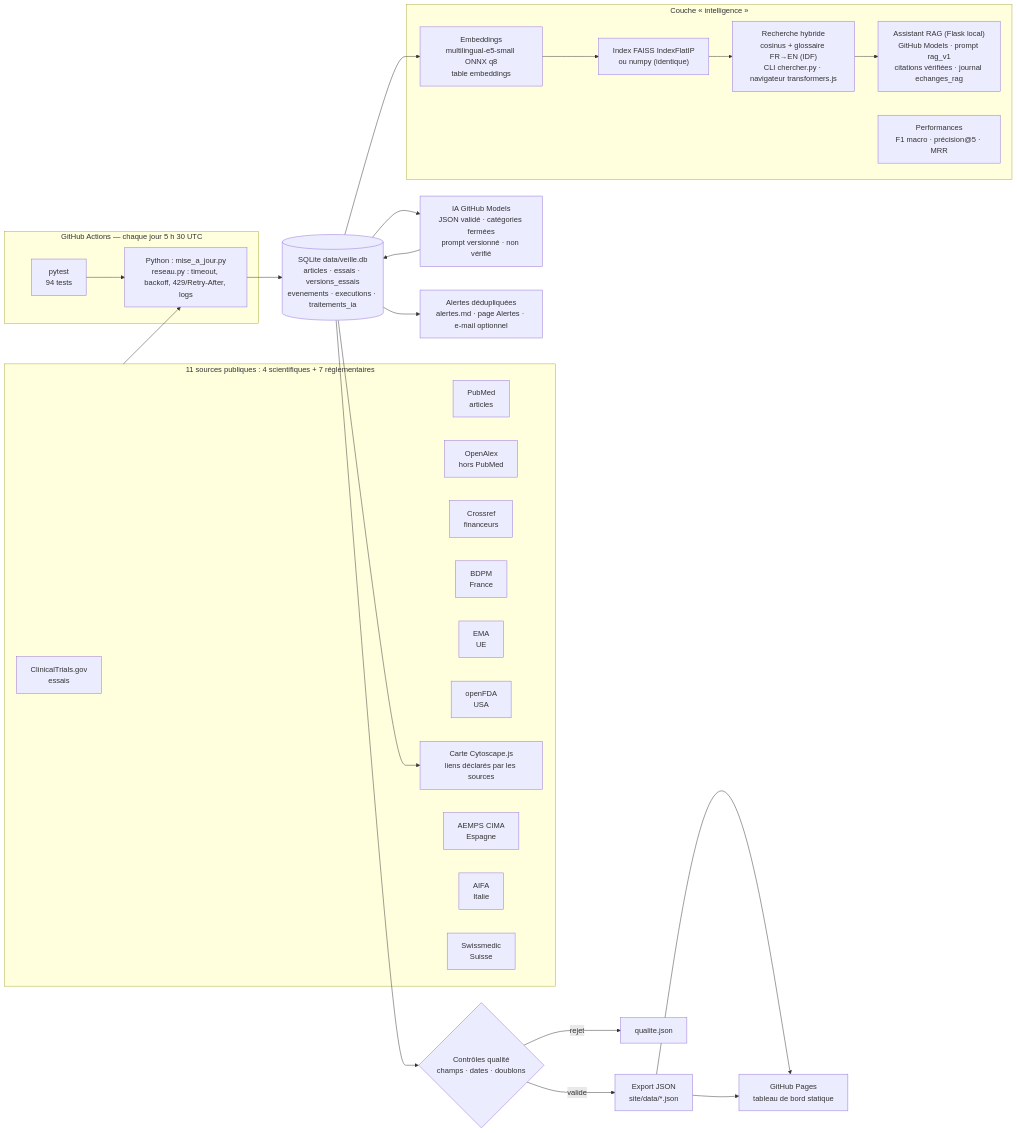
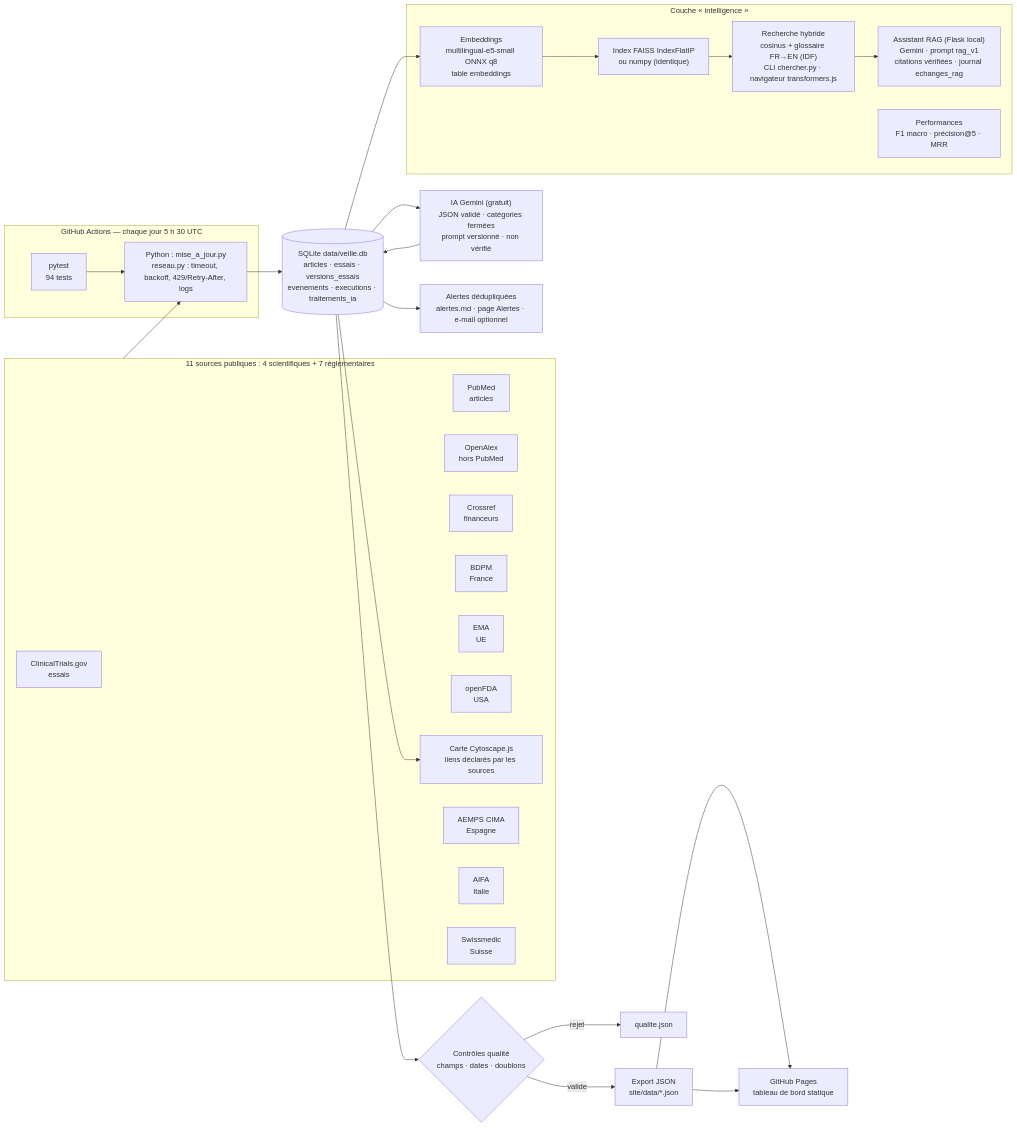
Before and after one commit to Loubna589/veille-glaucome: the diagram in docs/architecture.md, drawn with Mermaid. The commit also changed 12 other files, not shown here.

First line of the commit message:
IA : passer de GitHub Models (fermé) à Gemini, gratuit

````diff
--- a/docs/architecture.md
+++ b/docs/architecture.md
@@ -5,42 +5,42 @@
 ```mermaid
 flowchart LR
     subgraph API["11 sources publiques : 4 scientifiques + 7 réglementaires"]
         CT[ClinicalTrials.gov<br/>essais]
         PM[PubMed<br/>articles]
         OA[OpenAlex<br/>hors PubMed]
         CR[Crossref<br/>financeurs]
         BD[BDPM<br/>France]
         EM[EMA<br/>UE]
         FD[openFDA<br/>USA]
         CA[Santé Canada<br/>Canada]
         ES[AEMPS CIMA<br/>Espagne]
         IT[AIFA<br/>Italie]
         CH[Swissmedic<br/>Suisse]
     end
 
     subgraph GHA["GitHub Actions — chaque jour 5 h 30 UTC"]
         T[pytest<br/>94 tests] --> P
         P["Python : mise_a_jour.py<br/>reseau.py : timeout, backoff, 429/Retry-After, logs"]
     end
 
     API --> P
     P --> DB[("SQLite data/veille.db<br/>articles · essais · versions_essais<br/>evenements · executions · traitements_ia")]
-    DB --> IA["IA GitHub Models<br/>JSON validé · catégories fermées<br/>prompt versionné · non vérifié"]
+    DB --> IA["IA Gemini (gratuit)<br/>JSON validé · catégories fermées<br/>prompt versionné · non vérifié"]
     IA --> DB
     DB --> Q{"Contrôles qualité<br/>champs · dates · doublons"}
     Q -->|valide| J["Export JSON<br/>site/data/*.json"]
     Q -->|rejet| R[qualite.json]
     J --> GP["GitHub Pages<br/>tableau de bord statique"]
     DB --> AL["Alertes dédupliquées<br/>alertes.md · page Alertes · e-mail optionnel"]
 
     subgraph INT["Couche « intelligence »"]
         EM2["Embeddings<br/>multilingual-e5-small ONNX q8<br/>table embeddings"] --> IX["Index FAISS IndexFlatIP<br/>ou numpy (identique)"]
         IX --> RH["Recherche hybride<br/>cosinus + glossaire FR→EN (IDF)<br/>CLI chercher.py · navigateur transformers.js"]
-        RH --> RAG["Assistant RAG (Flask local)<br/>GitHub Models · prompt rag_v1<br/>citations vérifiées · journal echanges_rag"]
+        RH --> RAG["Assistant RAG (Flask local)<br/>Gemini · prompt rag_v1<br/>citations vérifiées · journal echanges_rag"]
         CA["Carte Cytoscape.js<br/>liens déclarés par les sources"]
         PF["Performances<br/>F1 macro · précision@5 · MRR"]
     end
     DB --> EM2
     DB --> CA
     J --> GP
 ```
````
